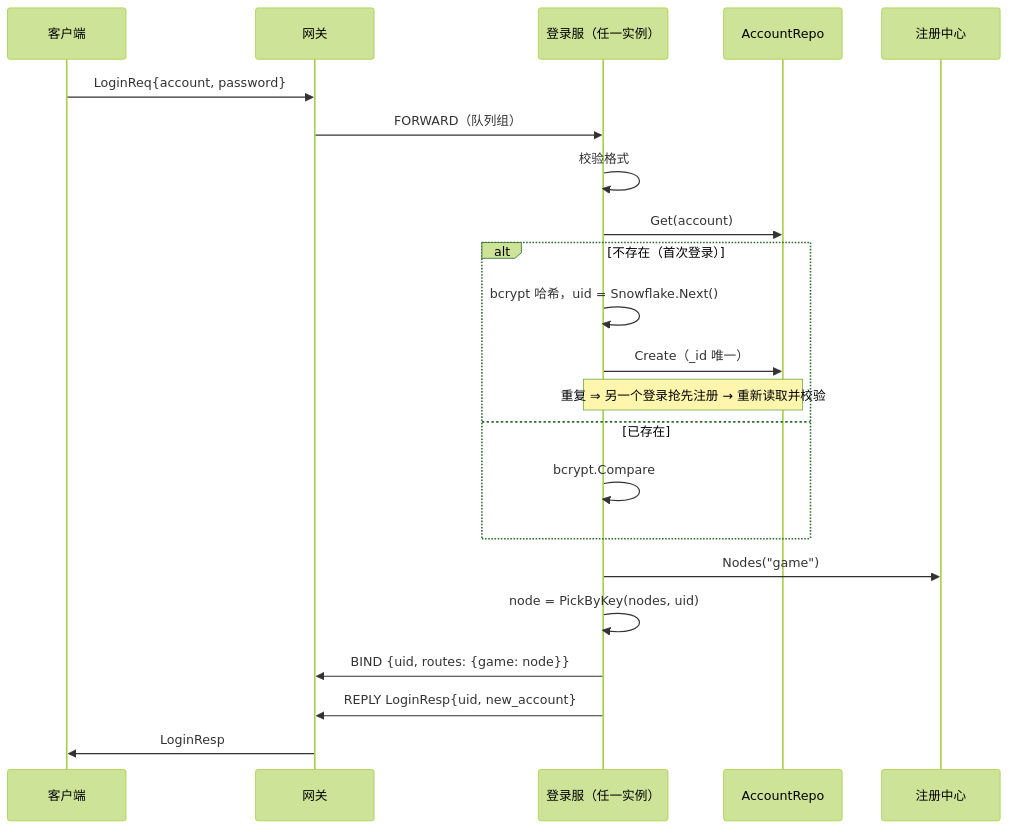
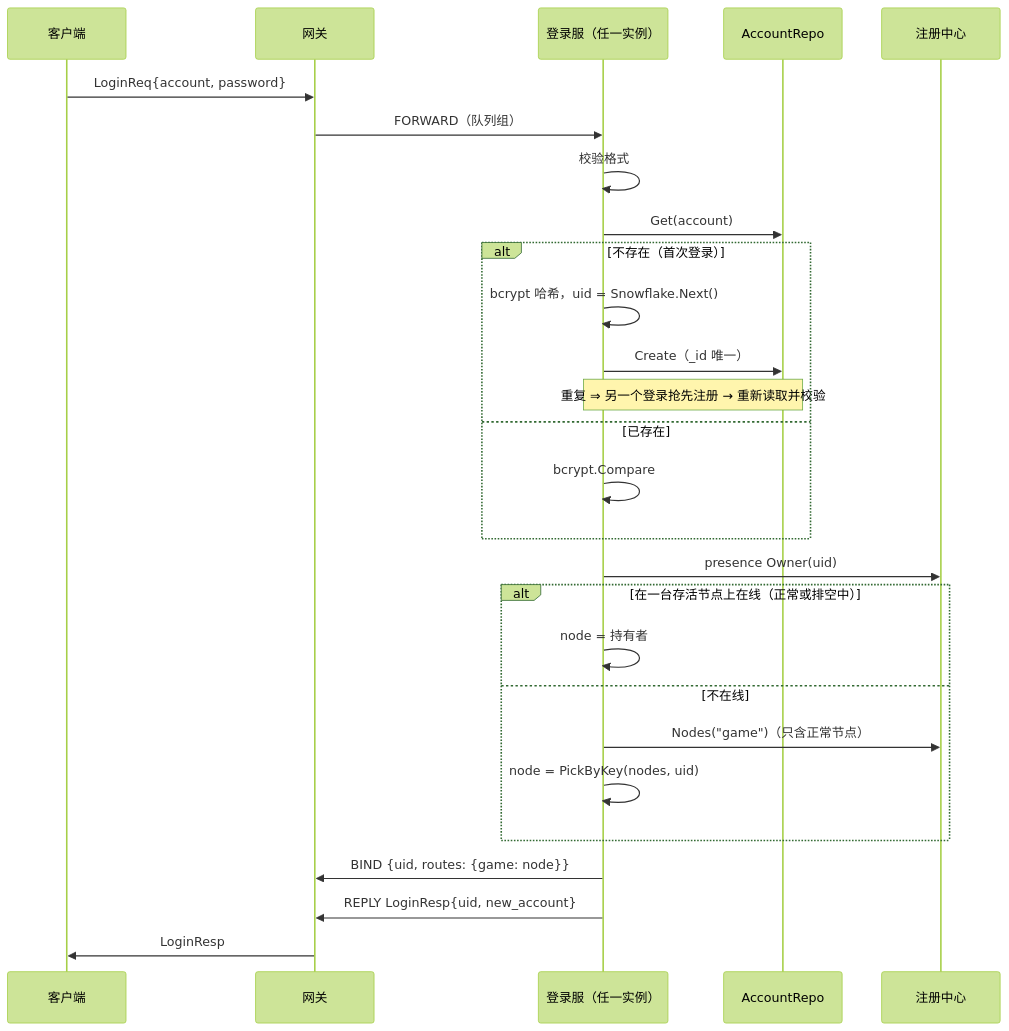
The diagram in game/loginsvc/README.zh-CN.md (zhanghanqing/Golang-Game-Server), drawn with Mermaid (forest theme) before and after one commit. The commit also changed other lines of this file and 79 other files, not shown here.

````diff
--- a/game/loginsvc/README.zh-CN.md
+++ b/game/loginsvc/README.zh-CN.md
@@ -10,24 +10,29 @@
 ```mermaid
 sequenceDiagram
     participant C as 客户端
     participant G as 网关
     participant L as 登录服（任一实例）
     participant DB as AccountRepo
     participant R as 注册中心
     C->>G: LoginReq{account, password}
     G->>L: FORWARD（队列组）
     L->>L: 校验格式
     L->>DB: Get(account)
     alt 不存在（首次登录）
         L->>L: bcrypt 哈希，uid = Snowflake.Next()
         L->>DB: Create（_id 唯一）
         Note over L,DB: 重复 ⇒ 另一个登录抢先注册 → 重新读取并校验
     else 已存在
         L->>L: bcrypt.Compare
     end
-    L->>R: Nodes("game")
-    L->>L: node = PickByKey(nodes, uid)
+    L->>R: presence Owner(uid)
+    alt 在一台存活节点上在线（正常或排空中）
+        L->>L: node = 持有者
+    else 不在线
+        L->>R: Nodes("game")（只含正常节点）
+        L->>L: node = PickByKey(nodes, uid)
+    end
     L->>G: BIND {uid, routes: {game: node}}
     L->>G: REPLY LoginResp{uid, new_account}
     G->>C: LoginResp
 ```
````
